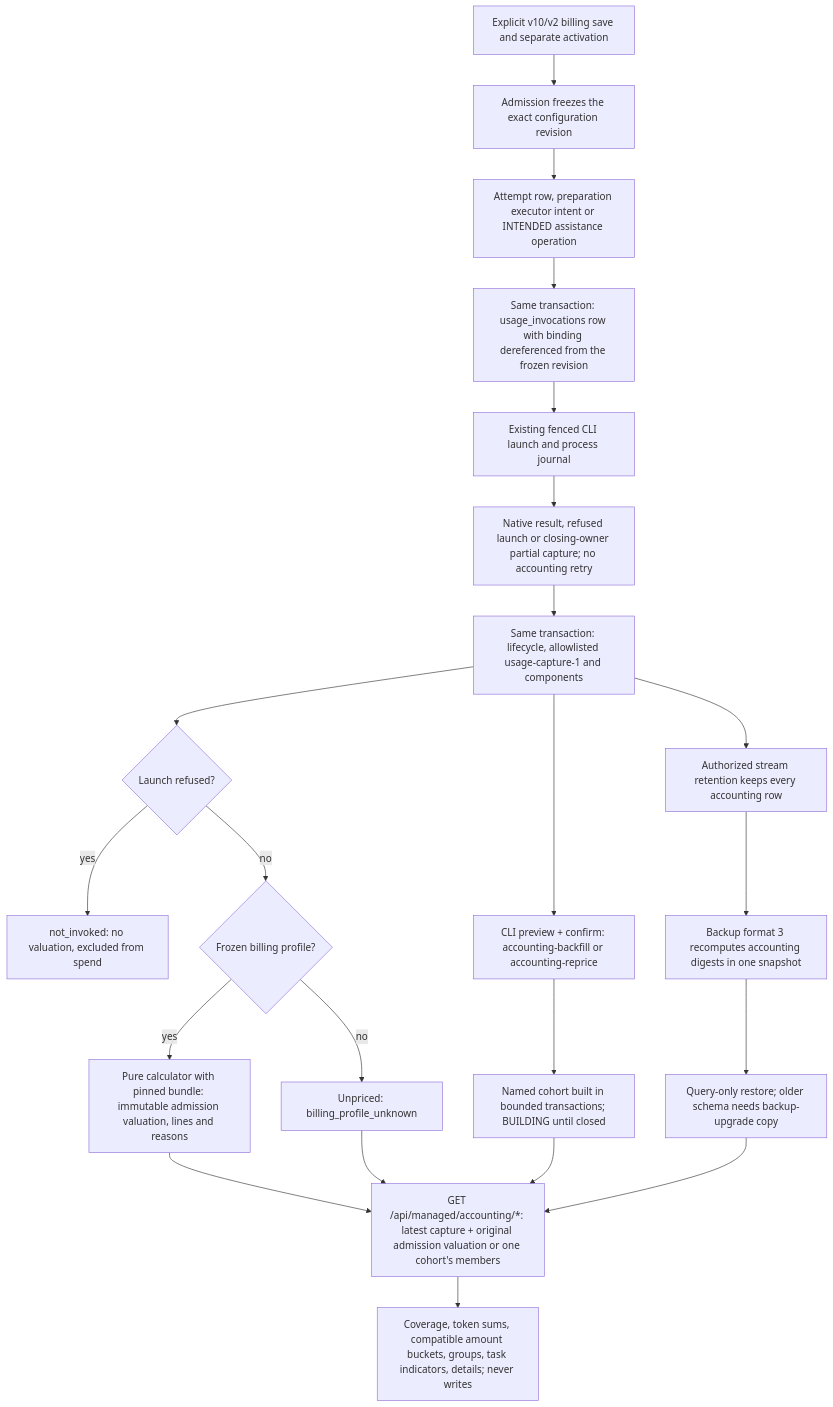
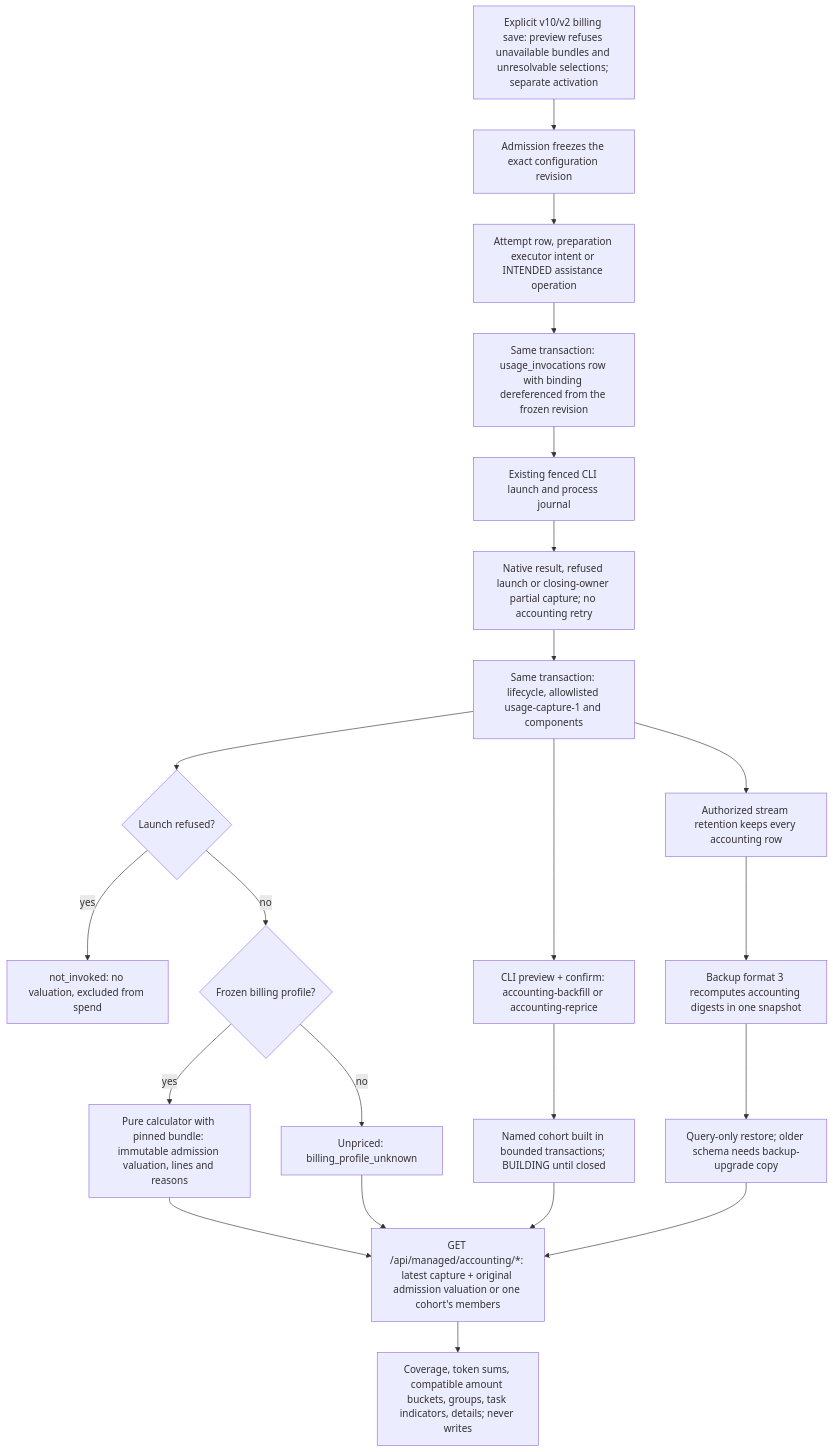
Before and after one commit to AcostaDDev/my-harness: the diagram in docs/flows/metrics-accounting.md, drawn with Mermaid. The commit also changed other lines of this file and 38 other files, not shown here.

````diff
--- a/docs/flows/metrics-accounting.md
+++ b/docs/flows/metrics-accounting.md
@@ -13,24 +14,24 @@
 ```mermaid
 flowchart TD
-    C[Explicit v10/v2 billing save and separate activation] --> B[Admission freezes the exact configuration revision]
+    C[Explicit v10/v2 billing save: preview refuses unavailable bundles and unresolvable selections; separate activation] --> B[Admission freezes the exact configuration revision]
     B --> I[Attempt row, preparation executor intent or INTENDED assistance operation]
     I --> E[Same transaction: usage_invocations row with binding dereferenced from the frozen revision]
     E --> L[Existing fenced CLI launch and process journal]
     L --> O[Native result, refused launch or closing-owner partial capture; no accounting retry]
     O --> S[Same transaction: lifecycle, allowlisted usage-capture-1 and components]
     S --> V{Launch refused?}
     V -- yes --> N0[not_invoked: no valuation, excluded from spend]
     V -- no --> P{Frozen billing profile?}
     P -- no --> U[Unpriced: billing_profile_unknown]
     P -- yes --> W[Pure calculator with pinned bundle: immutable admission valuation, lines and reasons]
     W --> Q[GET /api/managed/accounting/*: latest capture + original admission valuation or one cohort's members]
     U --> Q
     S --> X[CLI preview + confirm: accounting-backfill or accounting-reprice]
     X --> K[Named cohort built in bounded transactions; BUILDING until closed]
     K --> Q
     S --> R[Authorized stream retention keeps every accounting row]
     R --> A[Backup format 3 recomputes accounting digests in one snapshot]
     A --> H[Query-only restore; older schema needs backup-upgrade copy]
     H --> Q
     Q --> G[Coverage, token sums, compatible amount buckets, groups, task indicators, details; never writes]
 ```
````
